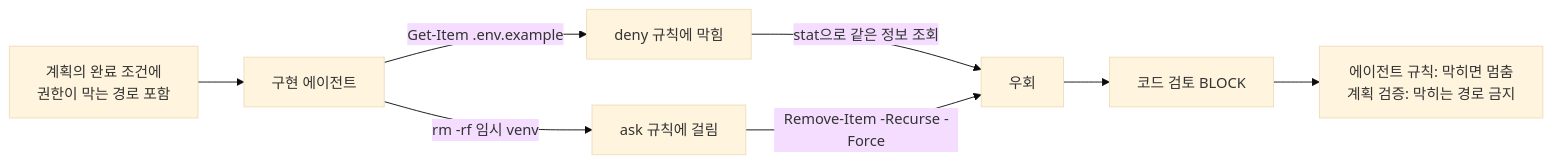
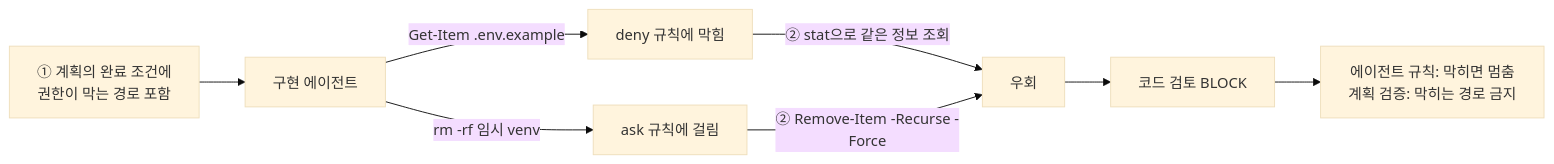
The fifth of 5 diagrams in README.md (SunWoo1213/broker-agent), drawn with Mermaid (base theme) before and after one commit. The commit also changed other lines of this file, not shown here.

````diff
--- a/README.md
+++ b/README.md
@@ -368,10 +179,10 @@
 ```mermaid
 flowchart LR
-  PL["계획의 완료 조건에<br/>권한이 막는 경로 포함"] --> B["구현 에이전트"]
+  PL["① 계획의 완료 조건에<br/>권한이 막는 경로 포함"] --> B["구현 에이전트"]
   B -->|"Get-Item .env.example"| D1["deny 규칙에 막힘"]
-  D1 -->|"stat으로 같은 정보 조회"| BY["우회"]
+  D1 -->|"② stat으로 같은 정보 조회"| BY["우회"]
   B -->|"rm -rf 임시 venv"| A1["ask 규칙에 걸림"]
-  A1 -->|"Remove-Item -Recurse -Force"| BY
+  A1 -->|"② Remove-Item -Recurse -Force"| BY
   BY --> REV["코드 검토 BLOCK"]
   REV --> FIX["에이전트 규칙: 막히면 멈춤<br/>계획 검증: 막히는 경로 금지"]
 ```
````
